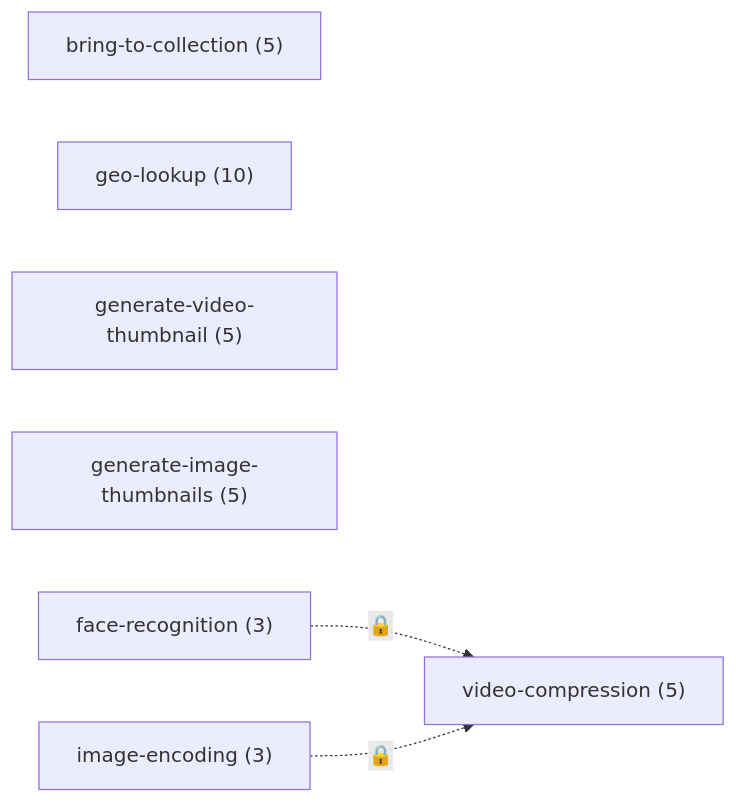
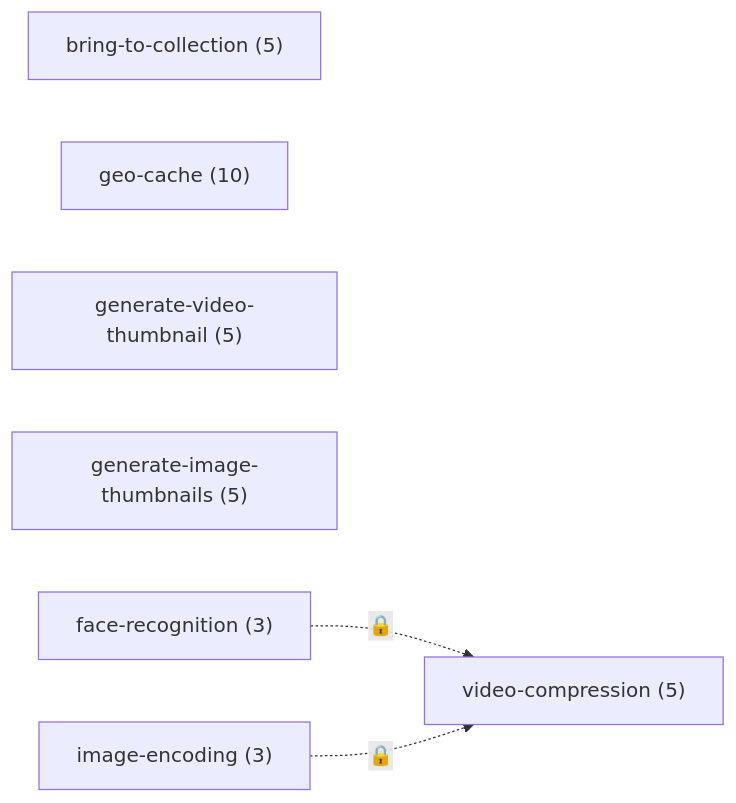
One commit to mrbrahman/photo-loka changed the fourth of 4 diagrams in go-server/docs/pipeline-dag-design.md. Above: the diagram before and after it, drawn with Mermaid. The commit also changed other lines of this file and 5 other files, not shown here.

````diff
--- a/go-server/docs/pipeline-dag-design.md
+++ b/go-server/docs/pipeline-dag-design.md
@@ -213,13 +224,13 @@
 ```mermaid
 flowchart LR
     a["bring-to-collection (5)"]
-    b["geo-lookup (10)"]
+    b["geo-cache (10)"]
     c["generate-video-thumbnail (5)"]
     d["generate-image-thumbnails (5)"]
     e["face-recognition (3)"]
     f["image-encoding (3)"]
     g["video-compression (5)"]
 
     e -.->| 🔒 | g
     f -.->| 🔒 | g
 ```
````
